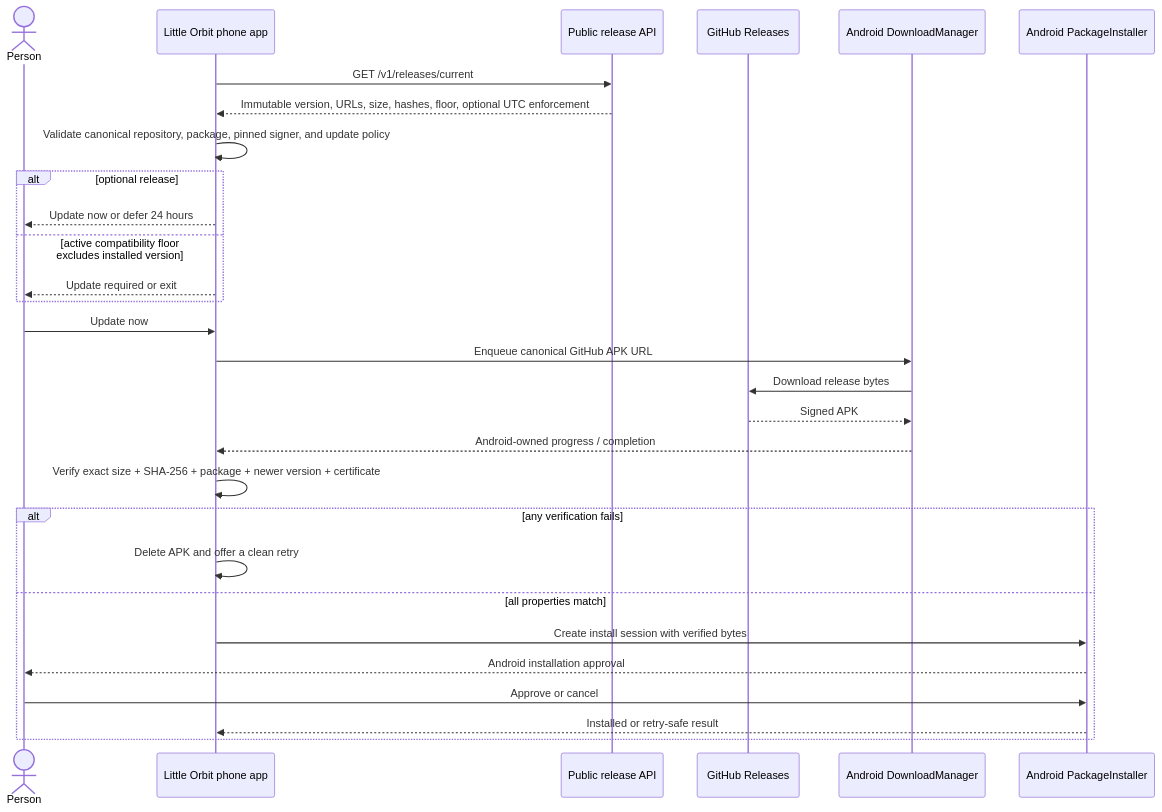
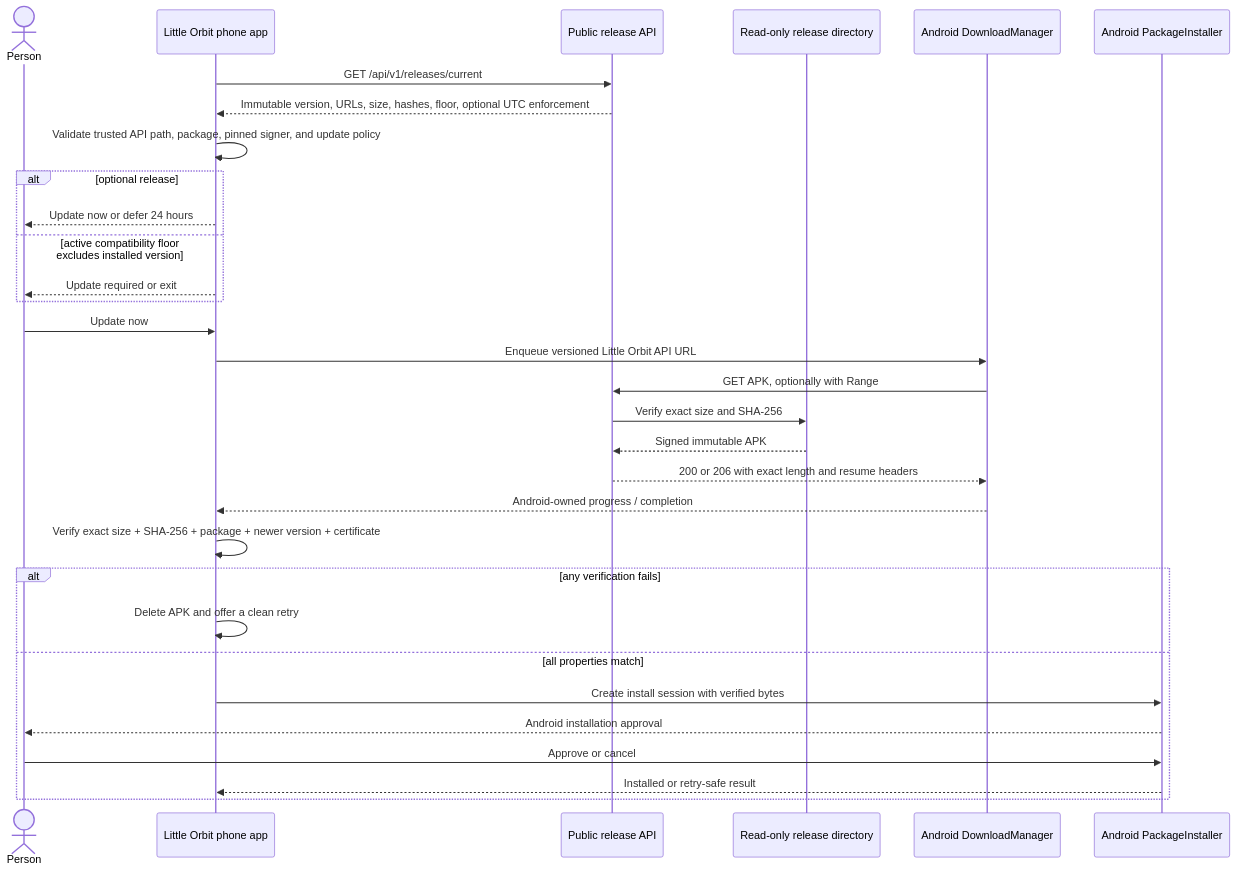
The eighth of 9 diagrams in docs/NETWORK-FLOW.md (Captainpax/littleorbit), drawn with Mermaid before and after one commit. The commit also changed 36 other files, not shown here.

Commit message:
Host resumable Android releases on the API

````diff
--- a/docs/NETWORK-FLOW.md
+++ b/docs/NETWORK-FLOW.md
@@ -167,31 +167,33 @@
 ```mermaid
 sequenceDiagram
     actor Person
     participant Phone as Little Orbit phone app
     participant API as Public release API
-    participant GitHub as GitHub Releases
+    participant Files as Read-only release directory
     participant DM as Android DownloadManager
     participant PI as Android PackageInstaller
-    Phone->>API: GET /v1/releases/current
+    Phone->>API: GET /api/v1/releases/current
     API-->>Phone: Immutable version, URLs, size, hashes, floor, optional UTC enforcement
-    Phone->>Phone: Validate canonical repository, package, pinned signer, and update policy
+    Phone->>Phone: Validate trusted API path, package, pinned signer, and update policy
     alt optional release
         Phone-->>Person: Update now or defer 24 hours
     else active compatibility floor excludes installed version
         Phone-->>Person: Update required or exit
     end
     Person->>Phone: Update now
-    Phone->>DM: Enqueue canonical GitHub APK URL
-    DM->>GitHub: Download release bytes
-    GitHub-->>DM: Signed APK
+    Phone->>DM: Enqueue versioned Little Orbit API URL
+    DM->>API: GET APK, optionally with Range
+    API->>Files: Verify exact size and SHA-256
+    Files-->>API: Signed immutable APK
+    API-->>DM: 200 or 206 with exact length and resume headers
     DM-->>Phone: Android-owned progress / completion
     Phone->>Phone: Verify exact size + SHA-256 + package + newer version + certificate
     alt any verification fails
         Phone->>Phone: Delete APK and offer a clean retry
     else all properties match
         Phone->>PI: Create install session with verified bytes
         PI-->>Person: Android installation approval
         Person->>PI: Approve or cancel
         PI-->>Phone: Installed or retry-safe result
     end
 ```
````
